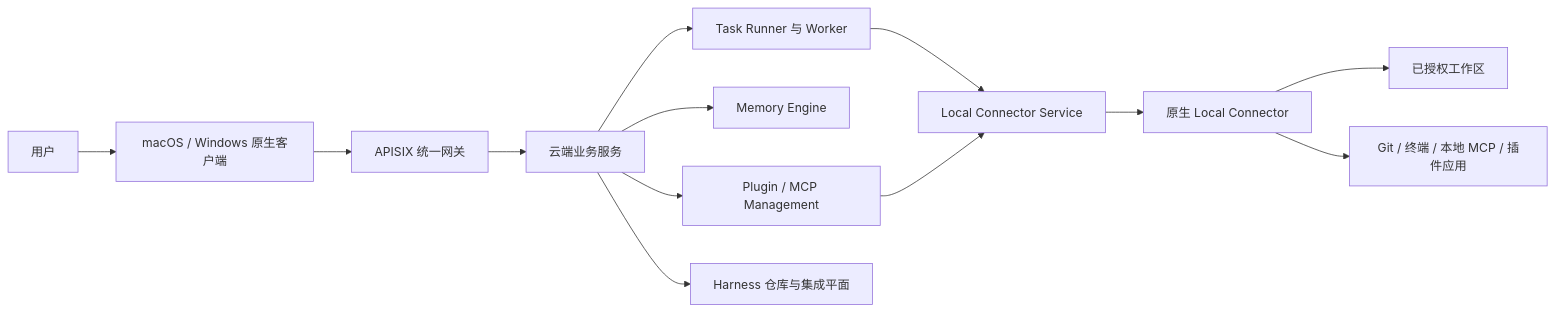
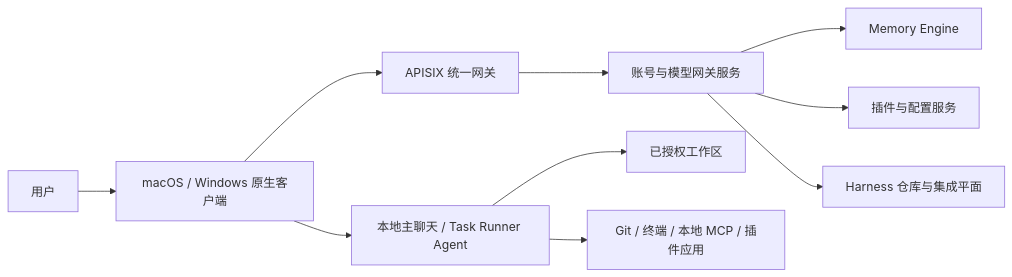
One commit to leeoohoo/chatos_rs changed the diagram in README.zh-CN.md. Above: the diagram before and after it, drawn with Mermaid. The commit also changed other lines of this file and 829 other files, not shown here.

````diff
--- a/README.zh-CN.md
+++ b/README.zh-CN.md
@@ -34,15 +34,12 @@
 ```mermaid
 flowchart LR
     U[用户] --> C[macOS / Windows 原生客户端]
     C --> G[APISIX 统一网关]
-    G --> S[云端业务服务]
-    S --> T[Task Runner 与 Worker]
+    G --> S[账号与模型网关服务]
     S --> M[Memory Engine]
-    S --> P[Plugin / MCP Management]
-    T --> L[Local Connector Service]
-    P --> L
-    L --> N[原生 Local Connector]
-    N --> W[已授权工作区]
-    N --> X[Git / 终端 / 本地 MCP / 插件应用]
+    S --> P[插件与配置服务]
+    C --> A[本地主聊天 / Task Runner Agent]
+    A --> W[已授权工作区]
+    A --> X[Git / 终端 / 本地 MCP / 插件应用]
     S --> H[Harness 仓库与集成平面]
 ```
````
